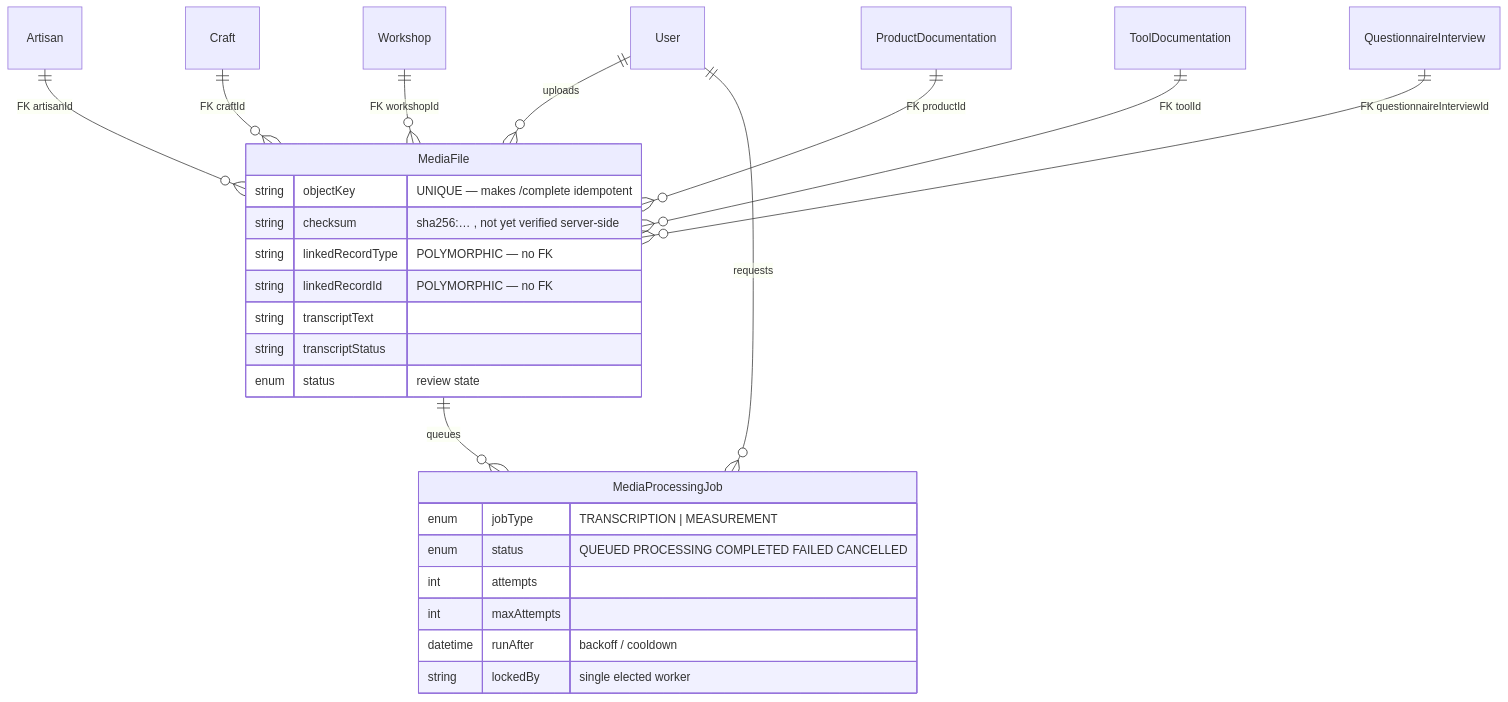
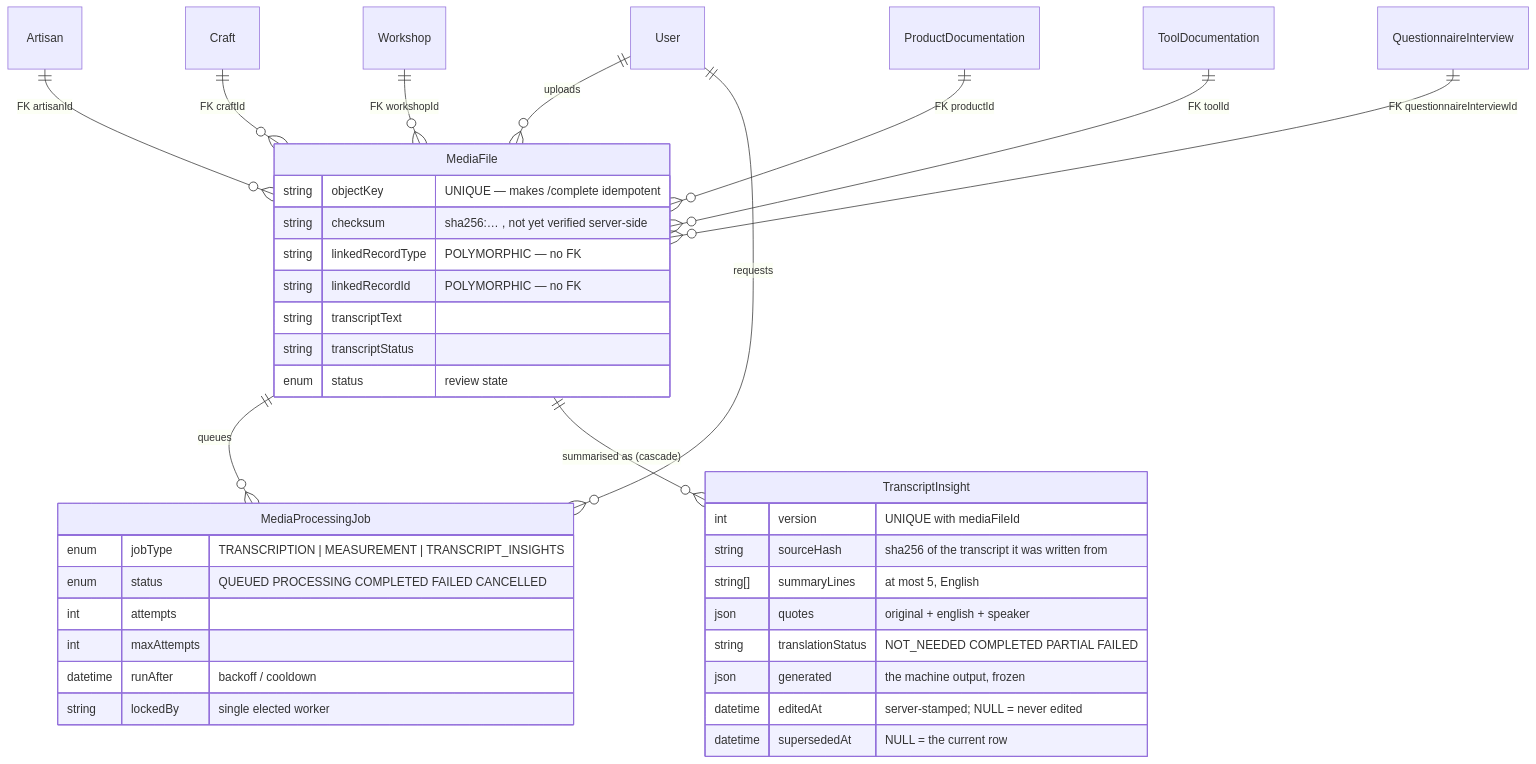
One commit to cxacraftecosystem-ui/documentation-portal changed the third of 5 diagrams in docs/DATA_MODEL.md. Above: the diagram before and after it, drawn with Mermaid. The commit also changed other lines of this file and 37 other files, not shown here.

First line of the commit message:
Write interview summaries, key quotes and English translations for transcripts

````diff
--- a/docs/DATA_MODEL.md
+++ b/docs/DATA_MODEL.md
@@ -240,31 +240,42 @@
 ```mermaid
 erDiagram
   MediaFile ||--o{ MediaProcessingJob : "queues"
+  MediaFile ||--o{ TranscriptInsight : "summarised as (cascade)"
   User ||--o{ MediaFile : uploads
   User ||--o{ MediaProcessingJob : requests
 
   Artisan ||--o{ MediaFile : "FK artisanId"
   Craft ||--o{ MediaFile : "FK craftId"
   Workshop ||--o{ MediaFile : "FK workshopId"
   ProductDocumentation ||--o{ MediaFile : "FK productId"
   ToolDocumentation ||--o{ MediaFile : "FK toolId"
   QuestionnaireInterview ||--o{ MediaFile : "FK questionnaireInterviewId"
 
   MediaFile {
     string objectKey "UNIQUE — makes /complete idempotent"
     string checksum "sha256:… , not yet verified server-side"
     string linkedRecordType "POLYMORPHIC — no FK"
     string linkedRecordId "POLYMORPHIC — no FK"
     string transcriptText
     string transcriptStatus
     enum   status "review state"
   }
   MediaProcessingJob {
-    enum   jobType "TRANSCRIPTION | MEASUREMENT"
+    enum   jobType "TRANSCRIPTION | MEASUREMENT | TRANSCRIPT_INSIGHTS"
     enum   status "QUEUED PROCESSING COMPLETED FAILED CANCELLED"
     int    attempts
     int    maxAttempts
     datetime runAfter "backoff / cooldown"
     string lockedBy "single elected worker"
   }
+  TranscriptInsight {
+    int      version "UNIQUE with mediaFileId"
+    string   sourceHash "sha256 of the transcript it was written from"
+    string[] summaryLines "at most 5, English"
+    json     quotes "original + english + speaker"
+    string   translationStatus "NOT_NEEDED COMPLETED PARTIAL FAILED"
+    json     generated "the machine output, frozen"
+    datetime editedAt "server-stamped; NULL = never edited"
+    datetime supersededAt "NULL = the current row"
+  }
 ```
````
